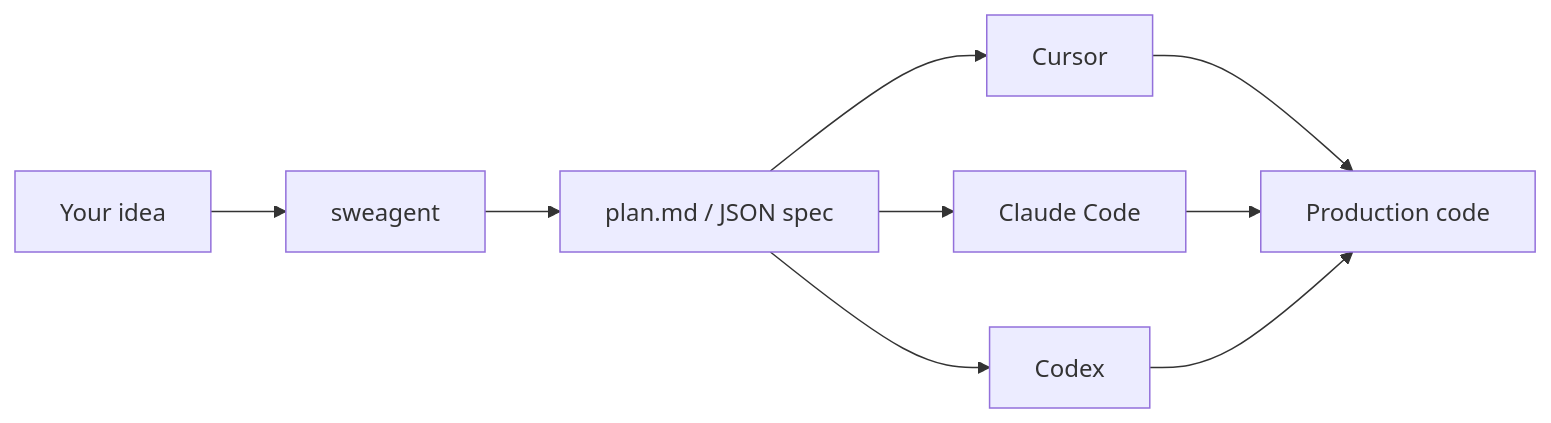
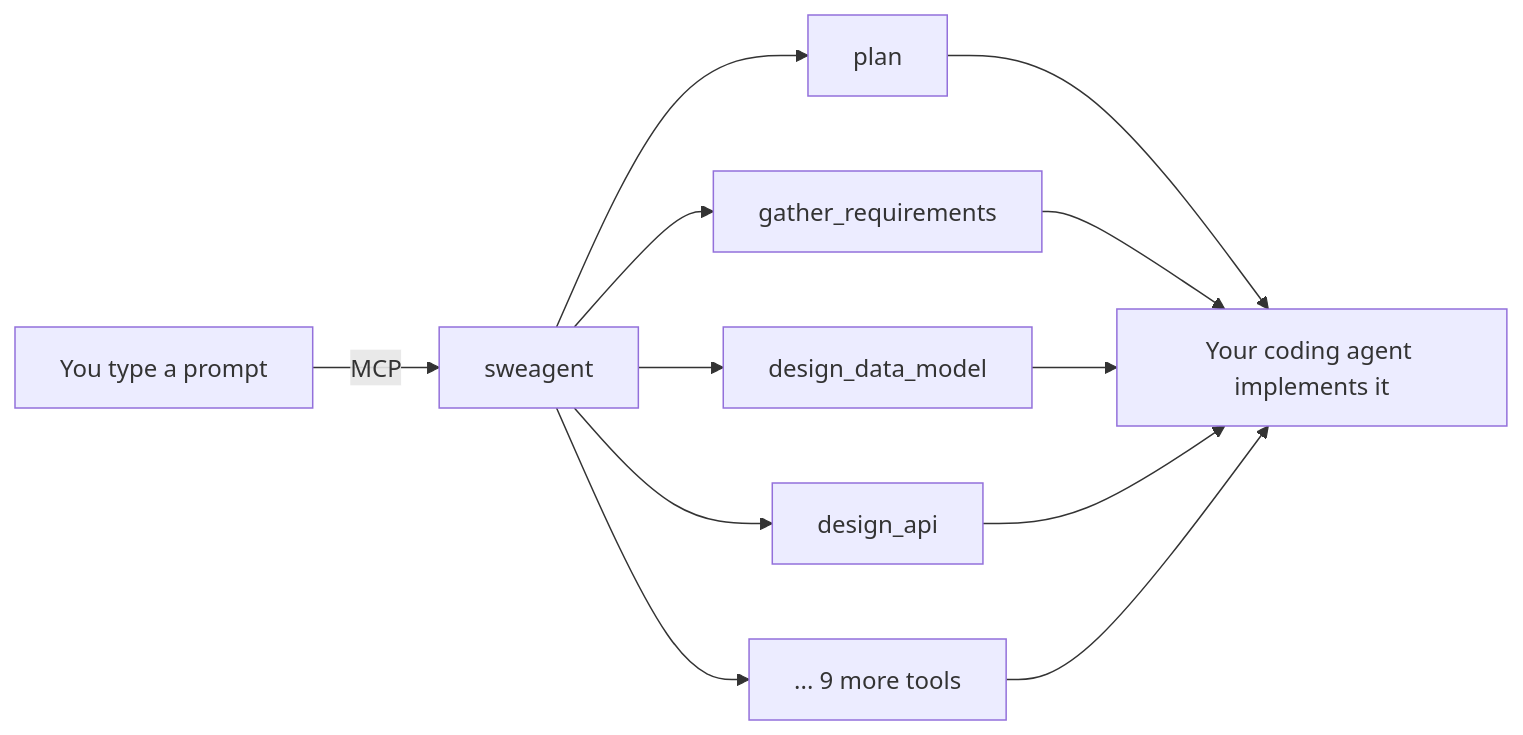
Before and after one commit to sijeeshmiziha/sweagent: the first of 9 diagrams in README.md, drawn with Mermaid. The commit also changed other lines of this file, not shown here.

Commit message:
Revise README to clarify MCP server functionality and installation steps. Update flowchart to reflect new agent interaction model and enhance user guidance for integrating sweagent with various IDEs. Improve overall structure and readability of setup instructions.

````diff
--- a/README.md
+++ b/README.md
@@ -107,11 +105,14 @@
 ```mermaid
 flowchart LR
-  Requirement["Your idea"] --> sweagent["sweagent"]
-  sweagent --> Plan["plan.md / JSON spec"]
-  Plan --> Cursor["Cursor"]
-  Plan --> ClaudeCode["Claude Code"]
-  Plan --> Codex["Codex"]
-  Cursor --> Code["Production code"]
-  ClaudeCode --> Code
-  Codex --> Code
+  You["You type a prompt"] -->|"MCP"| Server["sweagent"]
+  Server --> Plan["plan"]
+  Server --> Req["gather_requirements"]
+  Server --> Data["design_data_model"]
+  Server --> Api["design_api"]
+  Server --> More["... 9 more tools"]
+  Plan --> Agent["Your coding agent implements it"]
+  Req --> Agent
+  Data --> Agent
+  Api --> Agent
+  More --> Agent
 ```
````
